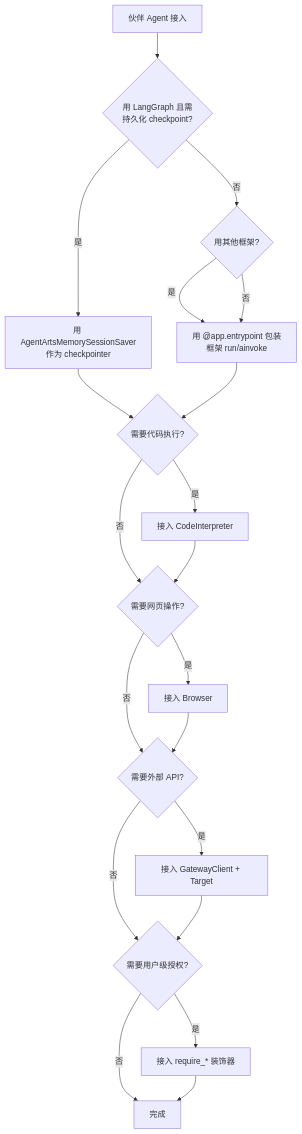
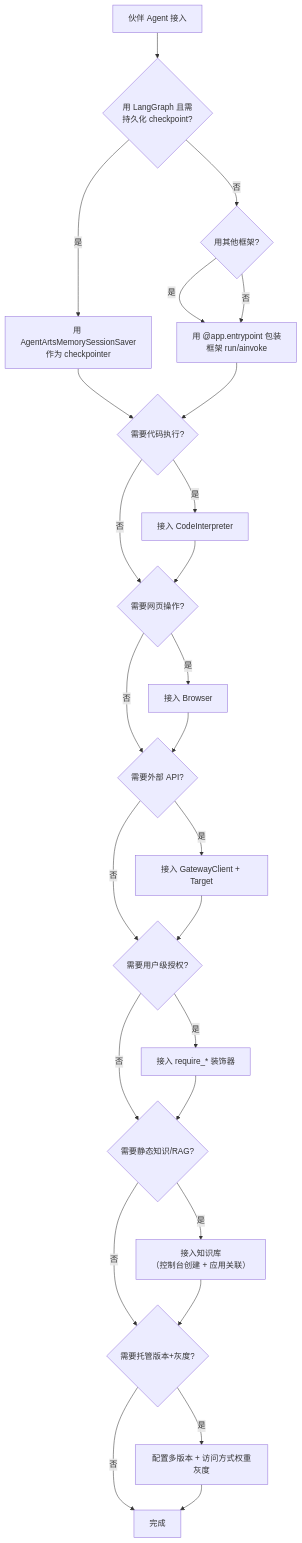
Before and after one commit to sentillier/Langraph-AgentArts-Demo: the diagram in AgentArts知识包与Agent集成架构设计/AgentArts_Agent平台Wiki知识包/06-integration/partner_agent_adaptation.md, drawn with Mermaid. The commit also changed other lines of this file and 26 other files, not shown here.

````diff
--- a/AgentArts知识包与Agent集成架构设计/AgentArts_Agent平台Wiki知识包/06-integration/partner_agent_adaptation.md
+++ b/AgentArts知识包与Agent集成架构设计/AgentArts_Agent平台Wiki知识包/06-integration/partner_agent_adaptation.md
@@ -241,37 +283,47 @@
 ```mermaid
 flowchart TB
     Start["伙伴 Agent 接入"]
     Q1{"用 LangGraph 且需<br/>持久化 checkpoint?"}
     Q2{"用其他框架?"}
     Q3{"需要代码执行?"}
     Q4{"需要网页操作?"}
     Q5{"需要外部 API?"}
     Q6{"需要用户级授权?"}
+    Q7{"需要静态知识/RAG?"}
+    Q8{"需要托管版本+灰度?"}
 
     Saver["用 AgentArtsMemorySessionSaver<br/>作为 checkpointer"]
     Wrap["用 @app.entrypoint 包装<br/>框架 run/ainvoke"]
     CI["接入 CodeInterpreter"]
     Br["接入 Browser"]
     GW["接入 GatewayClient + Target"]
     Id["接入 require_* 装饰器"]
+    KB["接入知识库<br/>（控制台创建 + 应用关联）"]
+    Gray["配置多版本 + 访问方式权重灰度"]
 
     Start --> Q1
     Q1 -->|是| Saver
     Q1 -->|否| Q2
     Q2 -->|是| Wrap
     Q2 -->|否| Wrap
     Saver --> Q3
     Wrap --> Q3
     Q3 -->|是| CI
     Q3 -->|否| Q4
     CI --> Q4
     Q4 -->|是| Br
     Q4 -->|否| Q5
     Br --> Q5
     Q5 -->|是| GW
     Q5 -->|否| Q6
     GW --> Q6
     Q6 -->|是| Id
-    Q6 -->|否| Done["完成"]
-    Id --> Done
+    Q6 -->|否| Q7
+    Id --> Q7
+    Q7 -->|是| KB
+    Q7 -->|否| Q8
+    KB --> Q8
+    Q8 -->|是| Gray
+    Q8 -->|否| Done["完成"]
+    Gray --> Done
 ```
````
